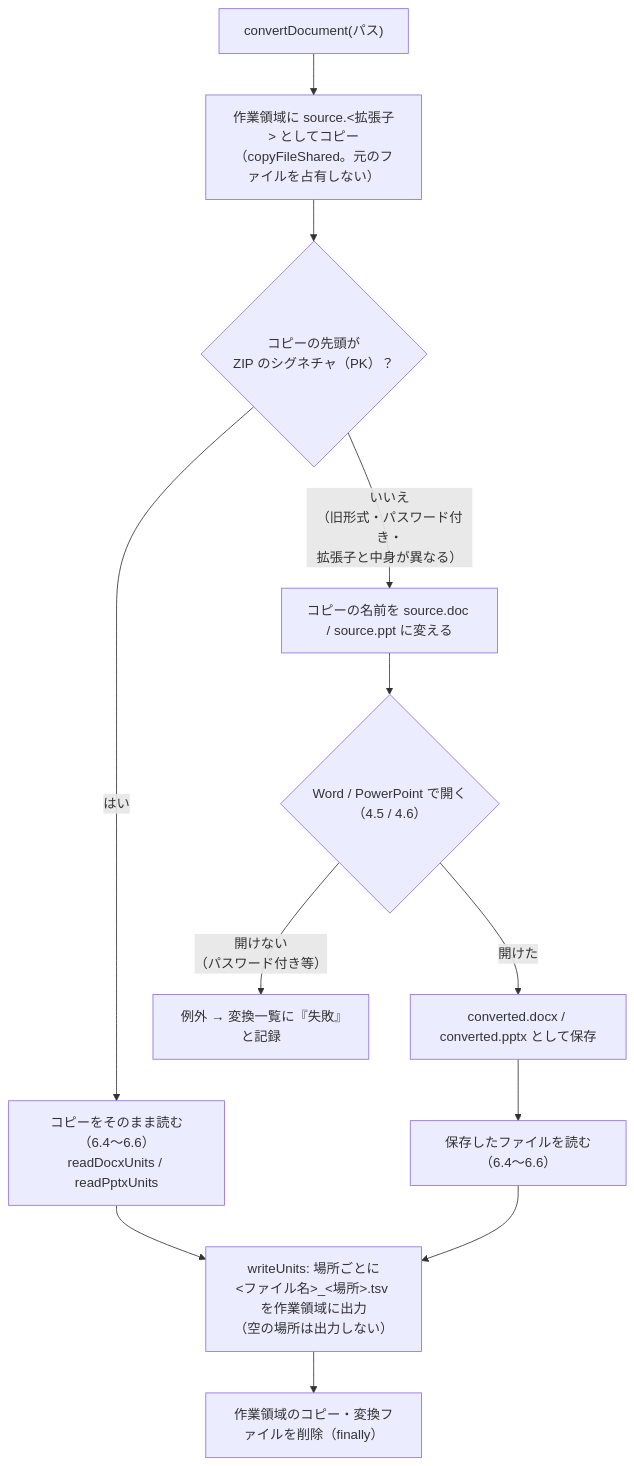
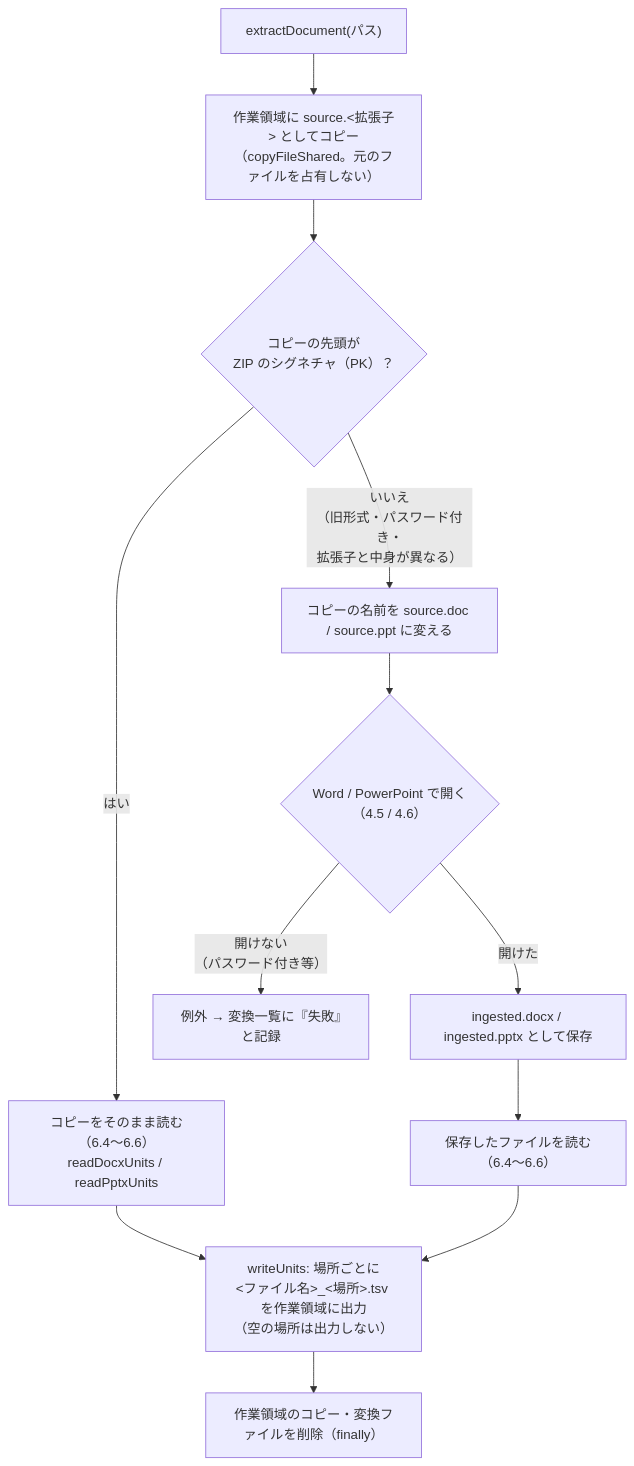
The first of 2 diagrams in docs/01_変換_6_共通処理とアプリ管理.md (hsgwa/tebunko), drawn with Mermaid before and after one commit. The commit also changed other lines of this file and 59 other files, not shown here.

````diff
--- a/docs/01_変換_6_共通処理とアプリ管理.md
+++ b/docs/01_変換_6_共通処理とアプリ管理.md
@@ -13,13 +13,13 @@
 ```mermaid
 flowchart TD
-    A["convertDocument(パス)"] --> CP["作業領域に source.#lt;拡張子#gt; としてコピー<br>（copyFileShared。元のファイルを占有しない）"]
+    A["extractDocument(パス)"] --> CP["作業領域に source.#lt;拡張子#gt; としてコピー<br>（copyFileShared。元のファイルを占有しない）"]
     CP --> Z{"コピーの先頭が<br>ZIP のシグネチャ（PK）？"}
     Z -- はい --> R["コピーをそのまま読む（6.4〜6.6）<br>readDocxUnits / readPptxUnits"]
     Z -- "いいえ<br>（旧形式・パスワード付き・<br>拡張子と中身が異なる）" --> C["コピーの名前を source.doc / source.ppt に変える"]
     C --> O{"Word / PowerPoint で開く<br>（4.5 / 4.6）"}
     O -- "開けない<br>（パスワード付き等）" --> ERR["例外 → 変換一覧に『失敗』と記録"]
-    O -- 開けた --> S["converted.docx / converted.pptx として保存"]
+    O -- 開けた --> S["ingested.docx / ingested.pptx として保存"]
     S --> R2["保存したファイルを読む（6.4〜6.6）"]
     R & R2 --> W["writeUnits: 場所ごとに<br>#lt;ファイル名#gt;_#lt;場所#gt;.tsv を作業領域に出力<br>（空の場所は出力しない）"]
     W --> D["作業領域のコピー・変換ファイルを削除（finally）"]
 ```
````
